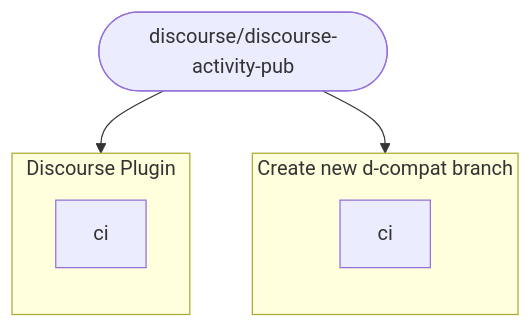
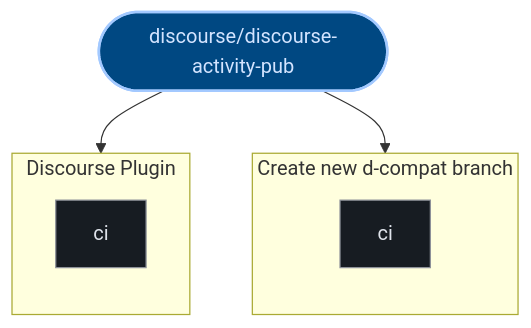
Before and after one commit to kumarshaz/atruss-code-atlas: the third of 3 diagrams in exports/latest/reports/discourse-discourse-activity-pub-report.md, drawn with Mermaid. The commit also changed other lines of this file and 331 other files, not shown here.

Commit message:
docs,ui,fix: update SDLC docs, reorder CI/CD DAG first, stylize Mermaid, and fix Arc42 pipeline topology

````diff
--- a/exports/latest/reports/discourse-discourse-activity-pub-report.md
+++ b/exports/latest/reports/discourse-discourse-activity-pub-report.md
@@ -228,14 +239,21 @@
 ```mermaid
 graph TD;
-  pipeline_root(["discourse/discourse-activity-pub"])
+  classDef atlasRoot fill:#004882,stroke:#a3c9ff,stroke-width:2px,color:#d3e4ff
+  classDef atlasCategory fill:#212428,stroke:#E87A48,stroke-width:1.5px,color:#dfe3eb
+  classDef atlasWorkflow fill:#1b2026,stroke:#a3c9ff,stroke-width:1.5px,color:#dfe3eb
+  classDef atlasJob fill:#171c22,stroke:#8d9199,stroke-width:1px,color:#dfe3eb
+  classDef atlasTarget fill:#005227,stroke:#8bd99b,stroke-width:1.5px,color:#a7f6b6
+  classDef atlasAlert fill:#93000a,stroke:#ffb4ab,stroke-width:1.5px,color:#ffdad6
+  classDef atlasMore fill:#252a31,stroke:#8d9199,stroke-dasharray:4 4,color:#c3c6cf
+  pipeline_root(["discourse/discourse-activity-pub"]):::atlasRoot
   subgraph Create_new_d_compat_branch_0["Create new d-compat branch"]
     direction TB
-    0_ci["ci"]
+    0_ci["ci"]:::atlasJob
   end
   pipeline_root --> 0_ci
   subgraph Discourse_Plugin_1["Discourse Plugin"]
     direction TB
-    1_ci["ci"]
+    1_ci["ci"]:::atlasJob
   end
   pipeline_root --> 1_ci
 ```
````
